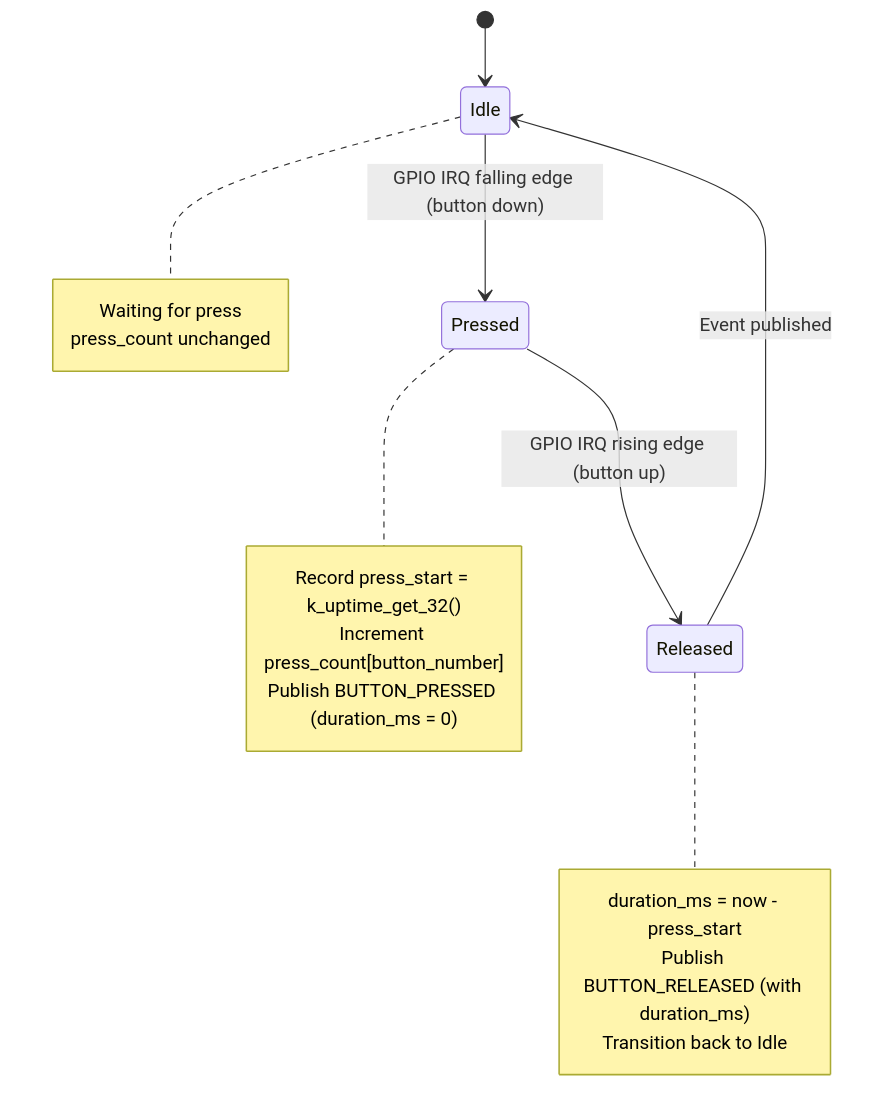
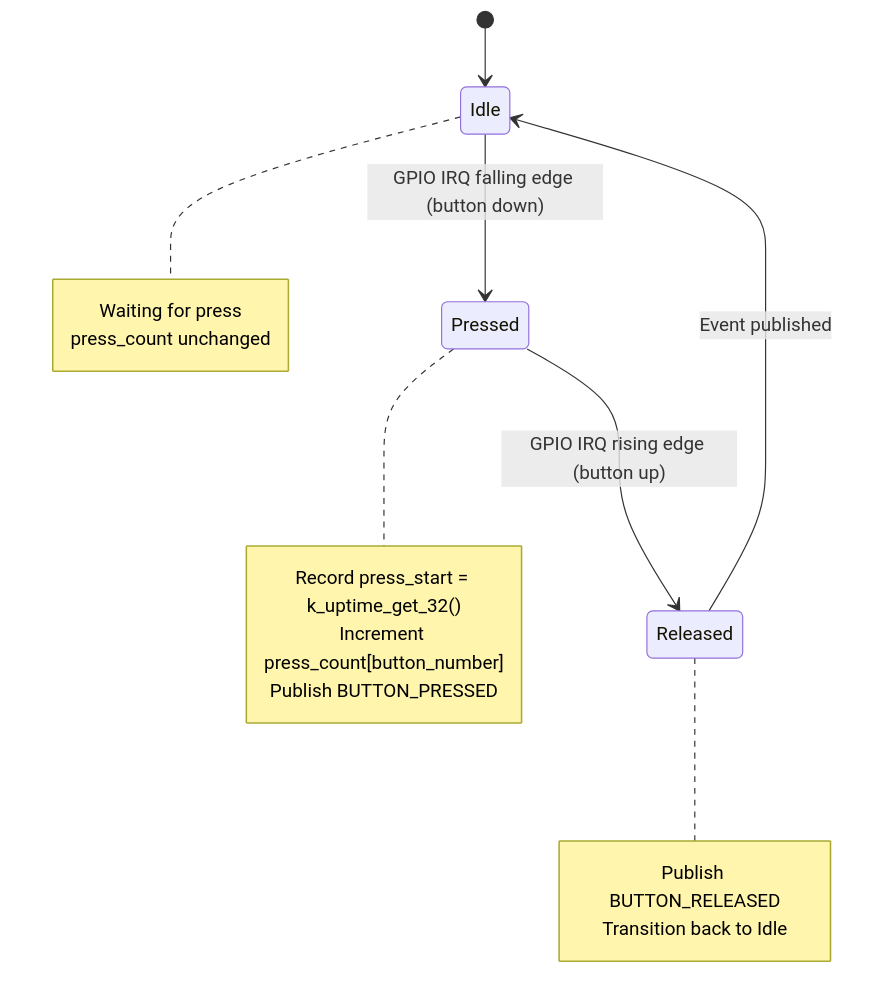
Before and after one commit to chshzh/nordic-wifi-webdash: the diagram in docs/specs/button-module.md, drawn with Mermaid. The commit also changed other lines of this file and 4 other files, not shown here.

````diff
--- a/docs/specs/button-module.md
+++ b/docs/specs/button-module.md
@@ -58,25 +58,24 @@
 ```mermaid
 stateDiagram-v2
     [*] --> Idle
 
     Idle --> Pressed: GPIO IRQ falling edge (button down)
     Pressed --> Released: GPIO IRQ rising edge (button up)
     Released --> Idle: Event published
 
     note right of Idle
         Waiting for press
         press_count unchanged
     end note
 
     note right of Pressed
         Record press_start = k_uptime_get_32()
         Increment press_count[button_number]
-        Publish BUTTON_PRESSED (duration_ms = 0)
+        Publish BUTTON_PRESSED
     end note
 
     note right of Released
-        duration_ms = now - press_start
-        Publish BUTTON_RELEASED (with duration_ms)
+        Publish BUTTON_RELEASED
         Transition back to Idle
     end note
 ```
````
